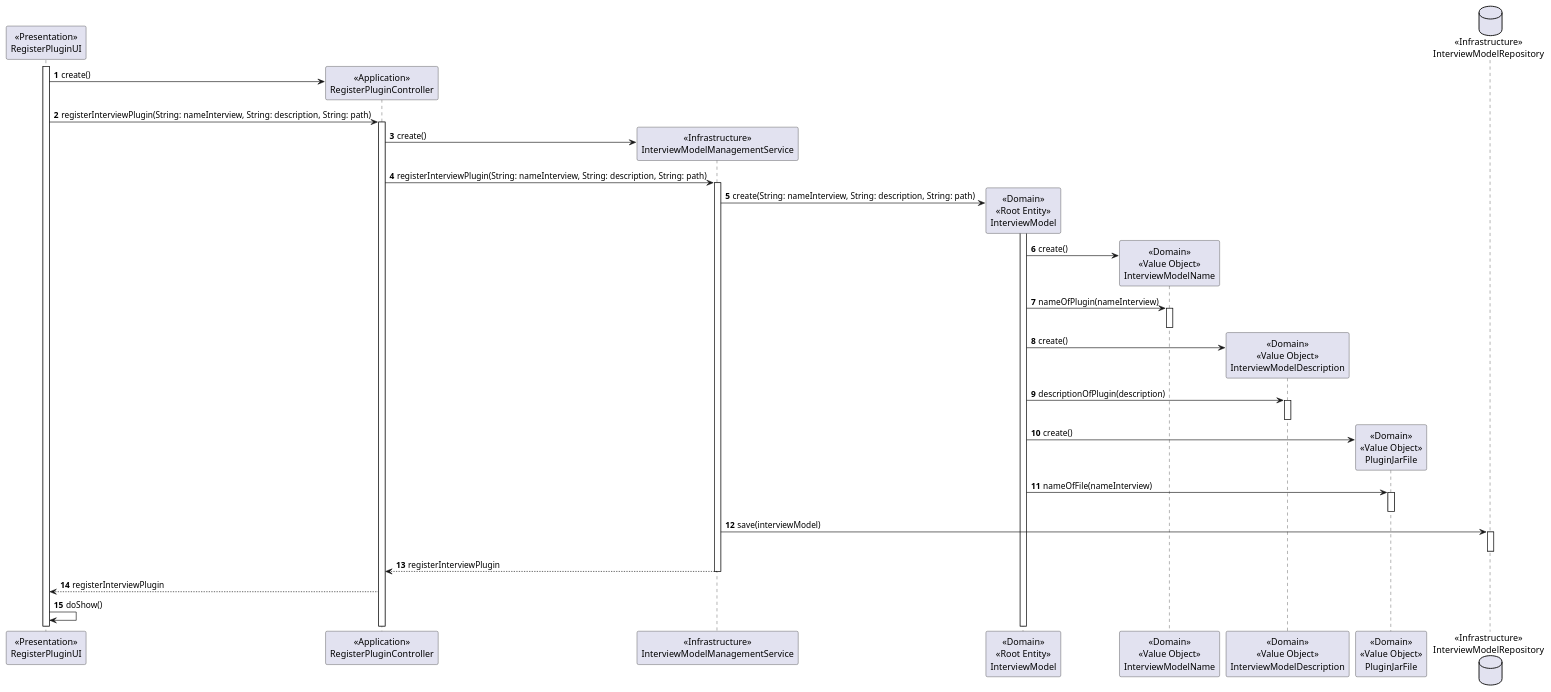
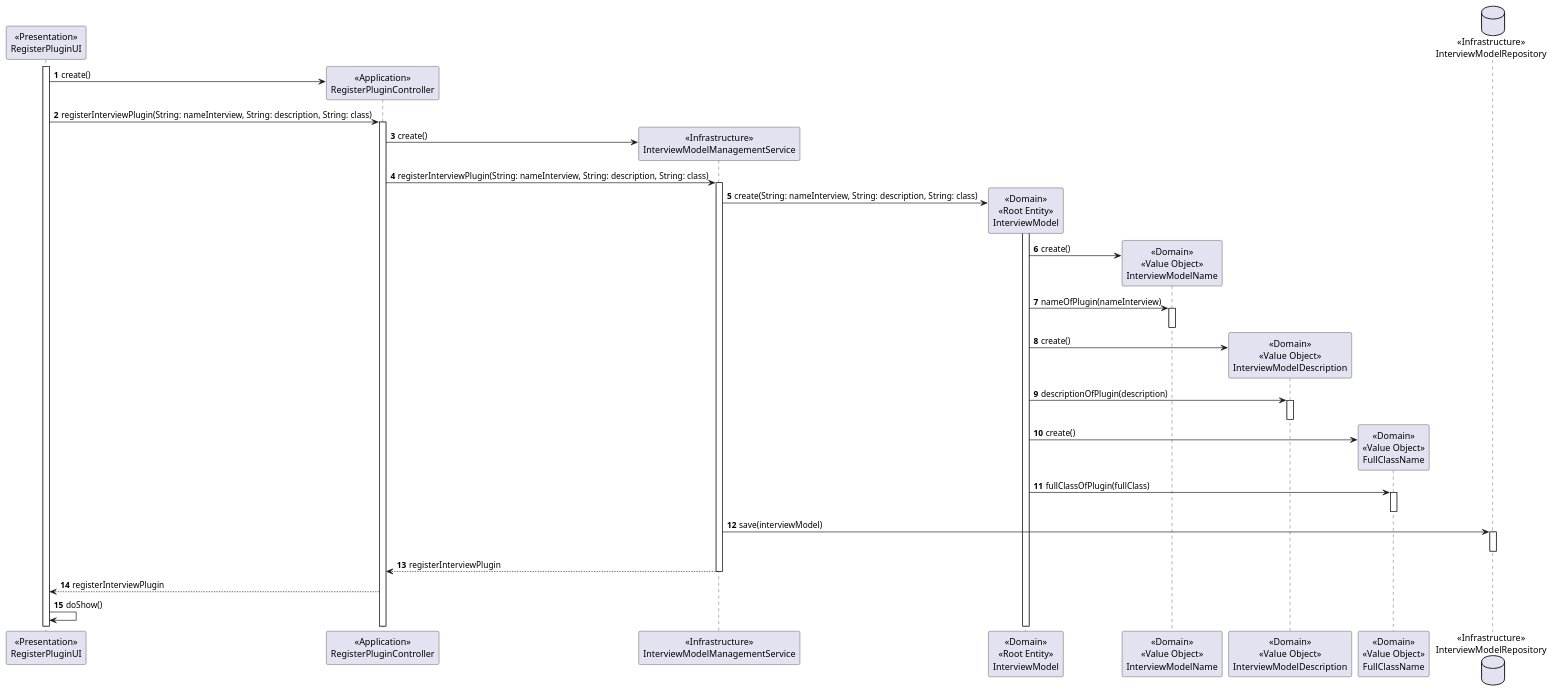
The diagram in docs/sb_us_1008/SD/Sequence-Diagram-Interview.puml (rita-barbosa/LAPR4-2324), drawn with PlantUML before and after one commit. The commit also changed 5 other files, not shown here.

```diff
--- a/docs/sb_us_1008/SD/Sequence-Diagram-Interview.puml
+++ b/docs/sb_us_1008/SD/Sequence-Diagram-Interview.puml
@@ -1,72 +1,72 @@
 @startuml
 'https://plantuml.com/sequence-diagram
 
 autonumber
 skinparam sequenceMessageAlign left
 
 Participant "<<Presentation>>\nRegisterPluginUI" as UI
 Participant "<<Application>>\nRegisterPluginController" as CTRL
 Participant "<<Infrastructure>>\nInterviewModelManagementService" as SERVICEIM
 Participant "<<Domain>>\n<<Root Entity>>\nInterviewModel" as IM
 Participant "<<Domain>>\n<<Value Object>>\nInterviewModelName" as IMNAME
 Participant "<<Domain>>\n<<Value Object>>\nInterviewModelDescription" as IMDESC
-Participant "<<Domain>>\n<<Value Object>>\nPluginJarFile" as IMPLUGIN
+Participant "<<Domain>>\n<<Value Object>>\nFullClassName" as IMPLUGIN
 Database "<<Infrastructure>>\nInterviewModelRepository" as IMREPO
 
 Activate UI
 
     UI -> CTRL**: create()
 
-    UI -> CTRL: registerInterviewPlugin(String: nameInterview, String: description, String: path)
+    UI -> CTRL: registerInterviewPlugin(String: nameInterview, String: description, String: class)
 
     Activate CTRL
 
     CTRL -> SERVICEIM**: create()
 
-    CTRL -> SERVICEIM: registerInterviewPlugin(String: nameInterview, String: description, String: path)
+    CTRL -> SERVICEIM: registerInterviewPlugin(String: nameInterview, String: description, String: class)
 
     Activate SERVICEIM
 
-    SERVICEIM -> IM**: create(String: nameInterview, String: description, String: path)
+    SERVICEIM -> IM**: create(String: nameInterview, String: description, String: class)
 
     Activate IM
 
     IM -> IMNAME**: create()
 
     IM -> IMNAME: nameOfPlugin(nameInterview)
 
     Activate IMNAME
 
     Deactivate IMNAME
 
     IM -> IMDESC**: create()
 
     IM -> IMDESC: descriptionOfPlugin(description)
 
     Activate IMDESC
 
     Deactivate IMDESC
 
     IM -> IMPLUGIN**: create()
 
-    IM -> IMPLUGIN: nameOfFile(nameInterview)
+    IM -> IMPLUGIN: fullClassOfPlugin(fullClass)
 
     Activate IMPLUGIN
 
     Deactivate IMPLUGIN
 
     SERVICEIM -> IMREPO: save(interviewModel)
 
     Activate IMREPO
 
     Deactivate IMREPO
 
     SERVICEIM --> CTRL: registerInterviewPlugin
 
     Deactivate SERVICEIM
 
     CTRL --> UI: registerInterviewPlugin
 
     UI -> UI: doShow()
 
 @enduml
```
